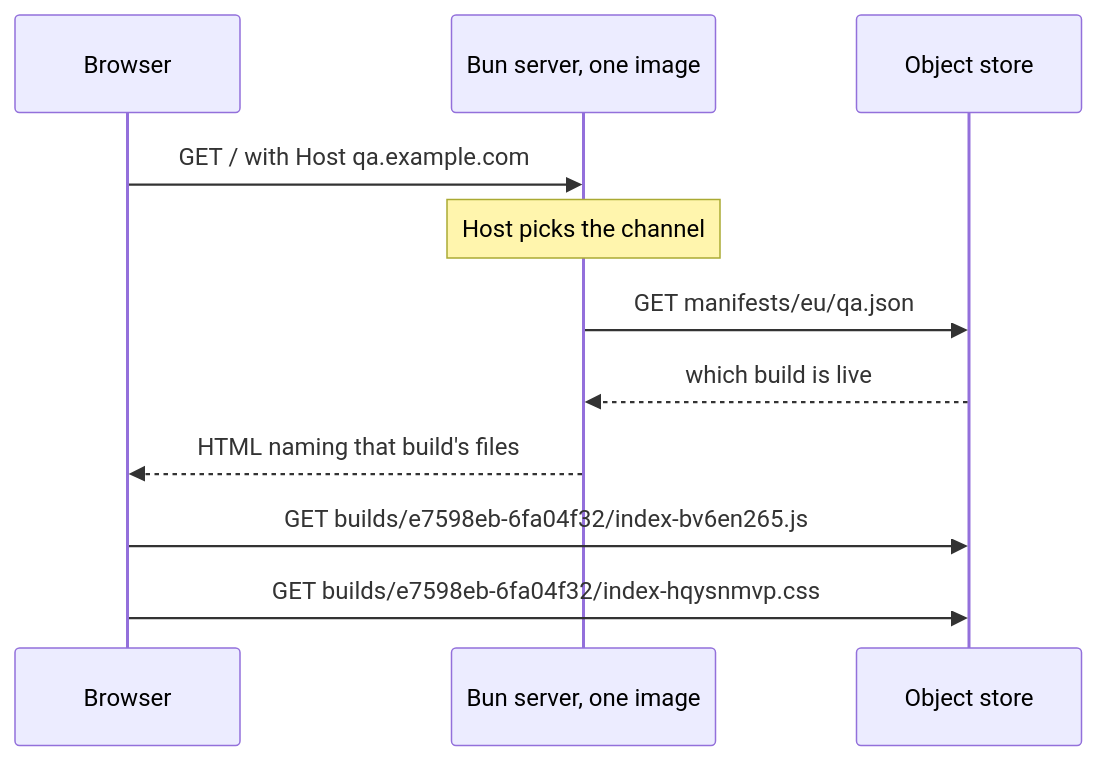
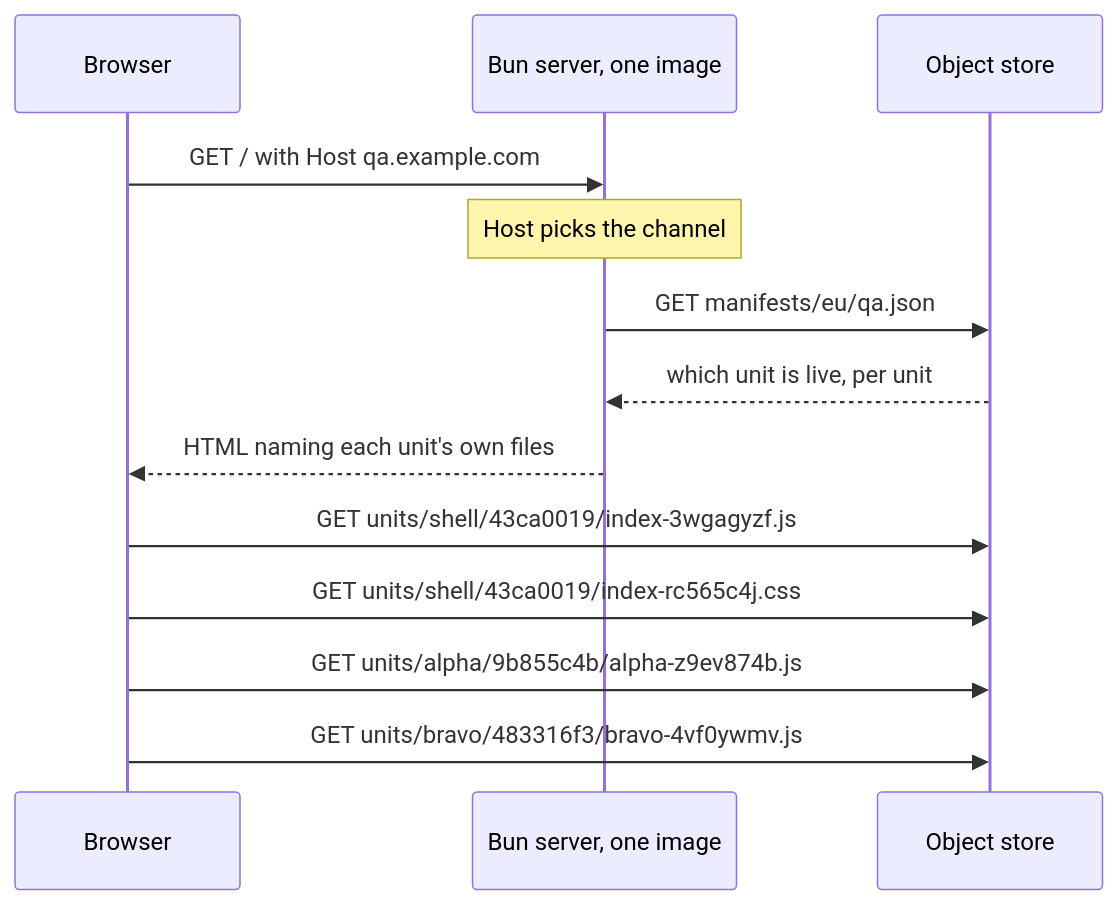
Before and after one commit to AlexJeffcott/pointer-deploy: the diagram in README.md, drawn with Mermaid. The commit also changed other lines of this file and 43 other files, not shown here.

````diff
--- a/README.md
+++ b/README.md
@@ -62,14 +67,16 @@
 ```mermaid
 sequenceDiagram
     participant B as Browser
     participant S as Bun server, one image
     participant T as Object store
 
     B->>S: GET / with Host qa.example.com
     Note over S: Host picks the channel
     S->>T: GET manifests/eu/qa.json
-    T-->>S: which build is live
-    S-->>B: HTML naming that build's files
-    B->>T: GET builds/e7598eb-6fa04f32/index-bv6en265.js
-    B->>T: GET builds/e7598eb-6fa04f32/index-hqysnmvp.css
+    T-->>S: which unit is live, per unit
+    S-->>B: HTML naming each unit's own files
+    B->>T: GET units/shell/43ca0019/index-3wgagyzf.js
+    B->>T: GET units/shell/43ca0019/index-rc565c4j.css
+    B->>T: GET units/alpha/9b855c4b/alpha-z9ev874b.js
+    B->>T: GET units/bravo/483316f3/bravo-4vf0ywmv.js
 ```
````
